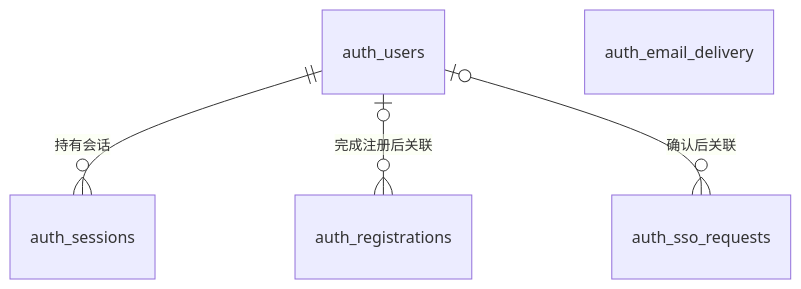
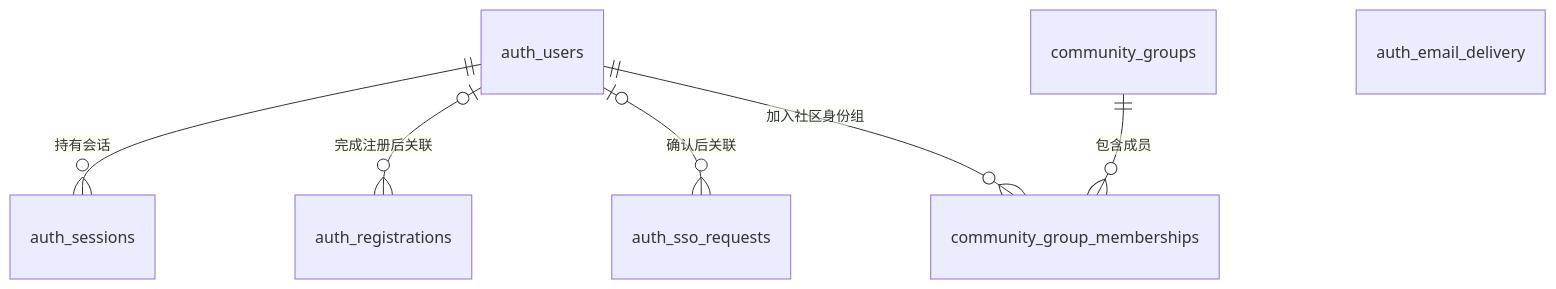
One commit to Xiamolc007/ExService changed the diagram in .ai/databases/data-model.md. Above: the diagram before and after it, drawn with Mermaid. The commit also changed other lines of this file and 5 other files, not shown here.

First line of the commit message:
docs: document profile and community group rules

````diff
--- a/.ai/databases/data-model.md
+++ b/.ai/databases/data-model.md
@@ -11,7 +11,9 @@
 ```mermaid
 erDiagram
     auth_users ||--o{ auth_sessions : "持有会话"
     auth_users |o--o{ auth_registrations : "完成注册后关联"
     auth_users |o--o{ auth_sso_requests : "确认后关联"
+    auth_users ||--o{ community_group_memberships : "加入社区身份组"
+    community_groups ||--o{ community_group_memberships : "包含成员"
     auth_email_delivery
 ```
````
